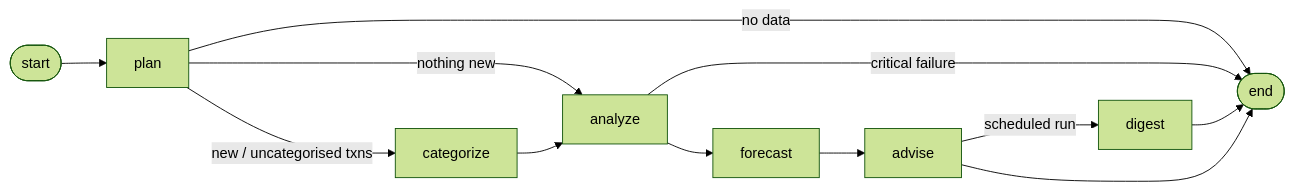
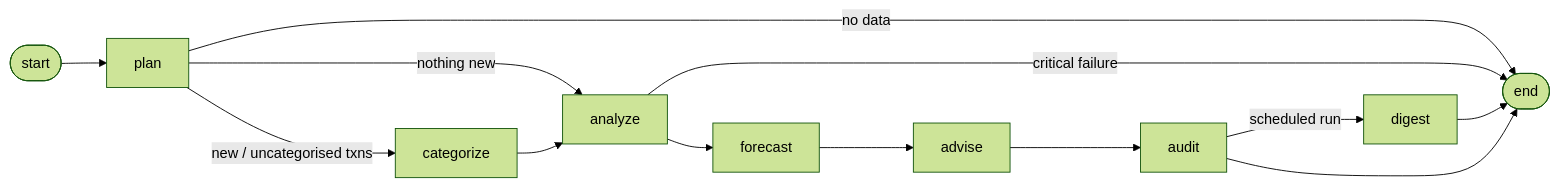
One commit to vinaymh-ai/FinPilot changed the first of 2 diagrams in README.md. Above: the diagram before and after it, drawn with Mermaid (forest theme). The commit also changed other lines of this file and 6 other files, not shown here.

````diff
--- a/README.md
+++ b/README.md
@@ -152,12 +162,13 @@
 ```mermaid
 graph LR
     S([start]) --> plan
     plan -- new / uncategorised txns --> categorize
     plan -- nothing new --> analyze
     plan -- no data --> E([end])
     categorize --> analyze
     analyze -- critical failure --> E
     analyze --> forecast --> advise
-    advise -- scheduled run --> digest --> E
-    advise --> E
+    advise --> audit
+    audit -- scheduled run --> digest --> E
+    audit --> E
 ```
````
